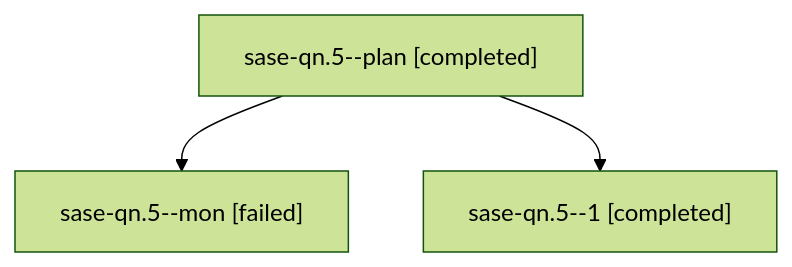
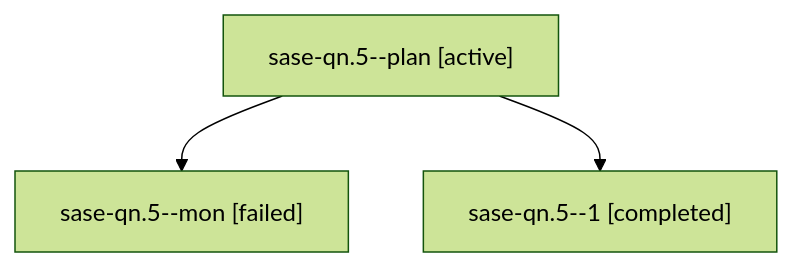
The diagram in families/bbugyi200.athena.sase-qn.5.md (sase-org/sase--agents), drawn with Mermaid (forest theme) before and after one commit. The commit also changed other lines of this file and 35830 other files, not shown here.

````diff
--- a/families/bbugyi200.athena.sase-qn.5.md
+++ b/families/bbugyi200.athena.sase-qn.5.md
@@ -9,8 +9,8 @@
 ```mermaid
 flowchart TD
-  n0["sase-qn.5--plan [completed]"]
+  n0["sase-qn.5--plan [active]"]
   n1["sase-qn.5--mon [failed]"]
   n0 --> n1
   n2["sase-qn.5--1 [completed]"]
   n0 --> n2
 ```
````
